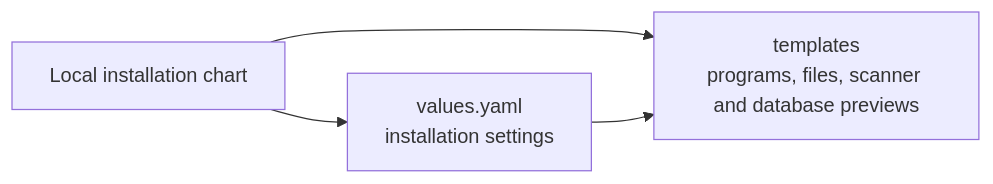
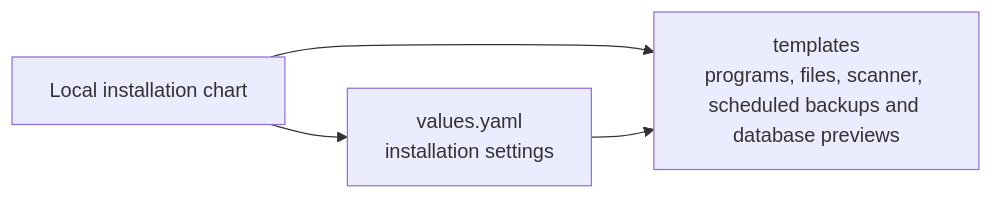
Before and after one commit to elewa-git/opencrane-new: the diagram in infra/package/chart/templates/README.md, drawn with Mermaid. The commit also changed other lines of this file and 95 other files, not shown here.

````diff
--- a/infra/package/chart/templates/README.md
+++ b/infra/package/chart/templates/README.md
@@ -49,6 +51,6 @@
 ```mermaid
 flowchart LR
-  chart["Local installation chart"] --> templates["templates<br/>programs, files, scanner and database previews"]
+  chart["Local installation chart"] --> templates["templates<br/>programs, files, scanner, scheduled backups and database previews"]
   chart --> values["values.yaml<br/>installation settings"]
   values --> templates
 ```
````
